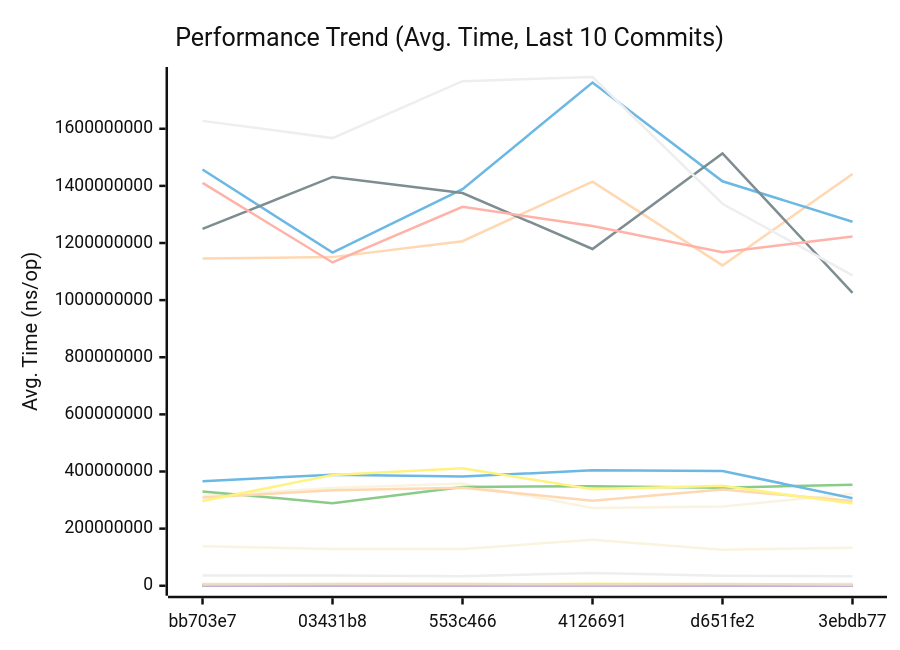
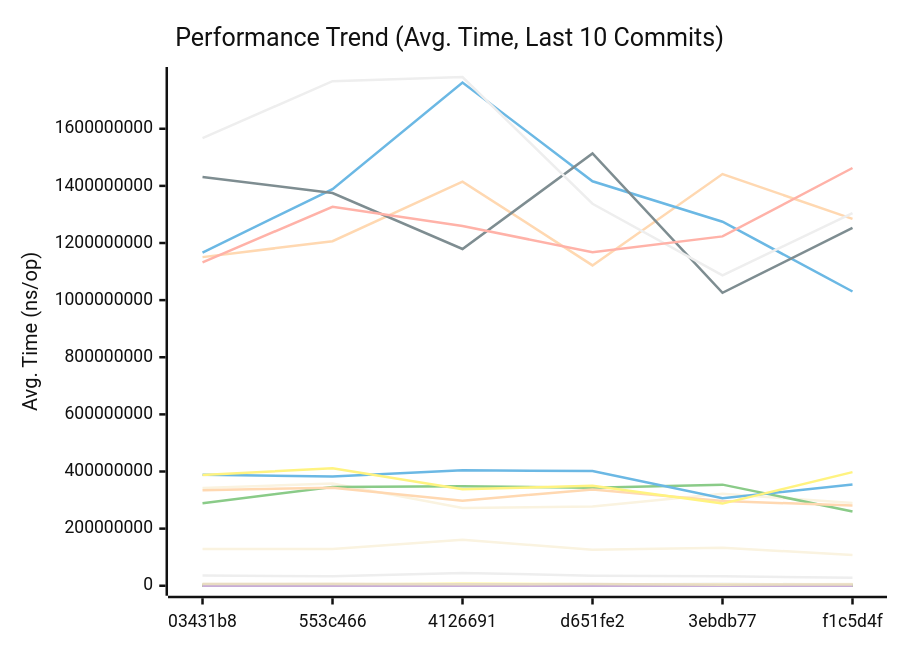
The first of 3 diagrams in docs/PERFORMANCE.md (alsotoes/momo), drawn with Mermaid (neutral theme) before and after one commit. The commit also changed other lines of this file and 2 other files, not shown here.

````diff
--- a/docs/PERFORMANCE.md
+++ b/docs/PERFORMANCE.md
@@ -260,44 +260,44 @@
 ```mermaid
 xychart-beta
     title "Performance Trend (Avg. Time, Last 10 Commits)"
     x-axis "Commit"
     y-axis "Avg. Time (ns/op)"
-    x-axis [bb703e7,03431b8,553c466,4126691,d651fe2,3ebdb77]
-    line "AWSChunkedReaderSigned" [539275,522839,619200,756300,663569,620161,606537,1043223,973548,1455699]
-    line "AWSChunkedReaderUnsigned" [550355,604498,664009,703433,611889,631352,615450,1351997,1054695,1128789]
-    line "CheckMetricsAndSwap" [11,10,10,12,13,11,9,18,19,38]
-    line "CrushOptimized" [471,405,485,513,528,381,489,593,643,1042]
-    line "CrushOriginal" [650,699,646,673,697,599,581,856,1307,2029]
-    line "FormatListObjectsV2XML_AppendFormat" [1039816,911991,1056478,1286421,1165434,922011,962696,2255056,1630321,4600271]
-    line "FormatListObjectsV2XML_OldFormat" [458449,554255,545961,720703,674915,518253,488621,1103444,888288,1357791]
-    line "HashBytes/1MiB" [4383380,5547571,5240058,5525510,5093044,3747347,5123782,7575501,6664907,7640824]
-    line "HashBytes/256MiB" [1145420213,1150583944,1206314796,1415065243,1121544781,1441434671,1284521850,2087994619,1563281181,2308810918]
-    line "HashBytes/64MiB" [315394868,341933076,357748084,272405322,277104353,321801782,289844742,509860327,389285110,629622654]
-    line "HashFile/1MiB" [5999828,5183292,5520031,4909353,4510294,6901410,4299477,8227082,7078150,8690518]
-    line "HashFile/256MiB" [1457159370,1166573869,1388569817,1761951053,1416186973,1274613971,1030231274,2135226775,1716532942,2281655194]
-    line "HashFile/64MiB" [330397537,289173153,345945889,348425613,343417056,354037155,260223898,558613671,471436906,655531538]
-    line "IndexDirectTracking" [0,1,1,1,1,1,0,1,1,1]
-    line "IndexSearch" [3,3,4,4,4,4,4,5,4,5]
-    line "LastModifiedHeader_AppendFormat" [415,345,364,441,320,312,319,610,638,744]
-    line "LastModifiedHeader_Format" [514,394,431,520,582,394,406,812,695,1046]
-    line "LoadGlobalConfig" [13776,15095,13488,14097,14525,12164,12907,20187,22438,33068]
-    line "LocalWrite/1MiB" [778898,525512,577002,644852,573249,584326,612314,1771010,1395534,1103659]
-    line "LocalWrite/256MiB" [138380852,128601282,128702495,161190175,125958619,133440934,107404943,160392504,197917420,272351029]
-    line "LocalWrite/64MiB" [36029215,35542782,33119476,44891953,35402077,33399170,28308935,49166059,52341255,56218123]
-    line "PadString" [69,64,70,76,63,80,61,211,165,205]
+    x-axis [03431b8,553c466,4126691,d651fe2,3ebdb77,f1c5d4f]
+    line "AWSChunkedReaderSigned" [522839,619200,756300,663569,620161,606537,1043223,973548,1455699,680259]
+    line "AWSChunkedReaderUnsigned" [604498,664009,703433,611889,631352,615450,1351997,1054695,1128789,889133]
+    line "CheckMetricsAndSwap" [10,10,12,13,11,9,18,19,38,17]
+    line "CrushOptimized" [405,485,513,528,381,489,593,643,1042,685]
+    line "CrushOriginal" [699,646,673,697,599,581,856,1307,2029,855]
+    line "FormatListObjectsV2XML_AppendFormat" [911991,1056478,1286421,1165434,922011,962696,2255056,1630321,4600271,1782191]
+    line "FormatListObjectsV2XML_OldFormat" [554255,545961,720703,674915,518253,488621,1103444,888288,1357791,907084]
+    line "HashBytes/1MiB" [5547571,5240058,5525510,5093044,3747347,5123782,7575501,6664907,7640824,5383828]
+    line "HashBytes/256MiB" [1150583944,1206314796,1415065243,1121544781,1441434671,1284521850,2087994619,1563281181,2308810918,1405443275]
+    line "HashBytes/64MiB" [341933076,357748084,272405322,277104353,321801782,289844742,509860327,389285110,629622654,507641214]
+    line "HashFile/1MiB" [5183292,5520031,4909353,4510294,6901410,4299477,8227082,7078150,8690518,5618671]
+    line "HashFile/256MiB" [1166573869,1388569817,1761951053,1416186973,1274613971,1030231274,2135226775,1716532942,2281655194,1518211227]
+    line "HashFile/64MiB" [289173153,345945889,348425613,343417056,354037155,260223898,558613671,471436906,655531538,397822488]
+    line "IndexDirectTracking" [1,1,1,1,1,0,1,1,1,1]
+    line "IndexSearch" [3,4,4,4,4,4,5,4,5,5]
+    line "LastModifiedHeader_AppendFormat" [345,364,441,320,312,319,610,638,744,453]
+    line "LastModifiedHeader_Format" [394,431,520,582,394,406,812,695,1046,635]
+    line "LoadGlobalConfig" [15095,13488,14097,14525,12164,12907,20187,22438,33068,21404]
+    line "LocalWrite/1MiB" [525512,577002,644852,573249,584326,612314,1771010,1395534,1103659,782921]
+    line "LocalWrite/256MiB" [128601282,128702495,161190175,125958619,133440934,107404943,160392504,197917420,272351029,175219427]
+    line "LocalWrite/64MiB" [35542782,33119476,44891953,35402077,33399170,28308935,49166059,52341255,56218123,42014368]
+    line "PadString" [64,70,76,63,80,61,211,165,205,86]
     line "ParseReplicationOrder_NoPrealloc" [350,349,357,354,345,225,229,165,232,234]
     line "ParseReplicationOrder_Prealloc" [229,231,237,234,229,108,107,80,110,109]
-    line "Placement" [6922,7453,7406,7040,7327,6313,6933,8102,10527,25580]
-    line "PlacementDomainSpread" [7465,7811,7868,7303,7101,6619,8426,8684,11049,18437]
-    line "ReadVerify/1MiB" [4753309,4723356,4600918,6614208,4999715,4807436,3448579,5630820,6689386,12183182]
-    line "ReadVerify/256MiB" [1249327431,1431247520,1374887457,1179131329,1513480600,1025626350,1253185341,1738129398,1830120119,2276631953]
-    line "ReadVerify/64MiB" [309264832,334268234,343492740,297878657,337113294,296627981,281005831,374198113,432795151,533889680]
-    line "S3PutSpool/1MiB" [6659391,6179992,6697030,5335678,5117449,4156487,6430516,9117398,9491833,12330195]
-    line "S3PutSpool/256MiB" [1627622695,1567298391,1766547568,1781197744,1337418784,1086529024,1304364707,2406472426,2428268969,2647654672]
-    line "S3PutSpool/64MiB" [366146558,388891982,382189999,404192768,401720115,306669378,354128133,528507413,651666227,681227498]
-    line "SanitizeLog/Safe" [270,283,316,423,332,390,316,623,639,645]
-    line "SanitizeLog/Unsafe" [1016,1039,1170,1356,1050,1036,1076,2180,2105,3077]
-    line "TrustedRead/1MiB" [4607932,6032847,6124228,5111302,5878450,3751975,4741810,8367879,7463250,9671314]
-    line "TrustedRead/256MiB" [1410403058,1131933188,1326976357,1259207320,1168045663,1223117446,1462605918,2173767229,2433008029,3228071339]
-    line "TrustedRead/64MiB" [296487000,387555406,411444369,337664579,350083685,287609190,397868130,540269082,591536062,961059323]
+    line "Placement" [7453,7406,7040,7327,6313,6933,8102,10527,25580,11321]
+    line "PlacementDomainSpread" [7811,7868,7303,7101,6619,8426,8684,11049,18437,11792]
+    line "ReadVerify/1MiB" [4723356,4600918,6614208,4999715,4807436,3448579,5630820,6689386,12183182,5670392]
+    line "ReadVerify/256MiB" [1431247520,1374887457,1179131329,1513480600,1025626350,1253185341,1738129398,1830120119,2276631953,1517577657]
+    line "ReadVerify/64MiB" [334268234,343492740,297878657,337113294,296627981,281005831,374198113,432795151,533889680,383828668]
+    line "S3PutSpool/1MiB" [6179992,6697030,5335678,5117449,4156487,6430516,9117398,9491833,12330195,7822144]
+    line "S3PutSpool/256MiB" [1567298391,1766547568,1781197744,1337418784,1086529024,1304364707,2406472426,2428268969,2647654672,1803968295]
+    line "S3PutSpool/64MiB" [388891982,382189999,404192768,401720115,306669378,354128133,528507413,651666227,681227498,429216770]
+    line "SanitizeLog/Safe" [283,316,423,332,390,316,623,639,645,428]
+    line "SanitizeLog/Unsafe" [1039,1170,1356,1050,1036,1076,2180,2105,3077,1405]
+    line "TrustedRead/1MiB" [6032847,6124228,5111302,5878450,3751975,4741810,8367879,7463250,9671314,5650216]
+    line "TrustedRead/256MiB" [1131933188,1326976357,1259207320,1168045663,1223117446,1462605918,2173767229,2433008029,3228071339,1677679418]
+    line "TrustedRead/64MiB" [387555406,411444369,337664579,350083685,287609190,397868130,540269082,591536062,961059323,465018339]
 ```
````
